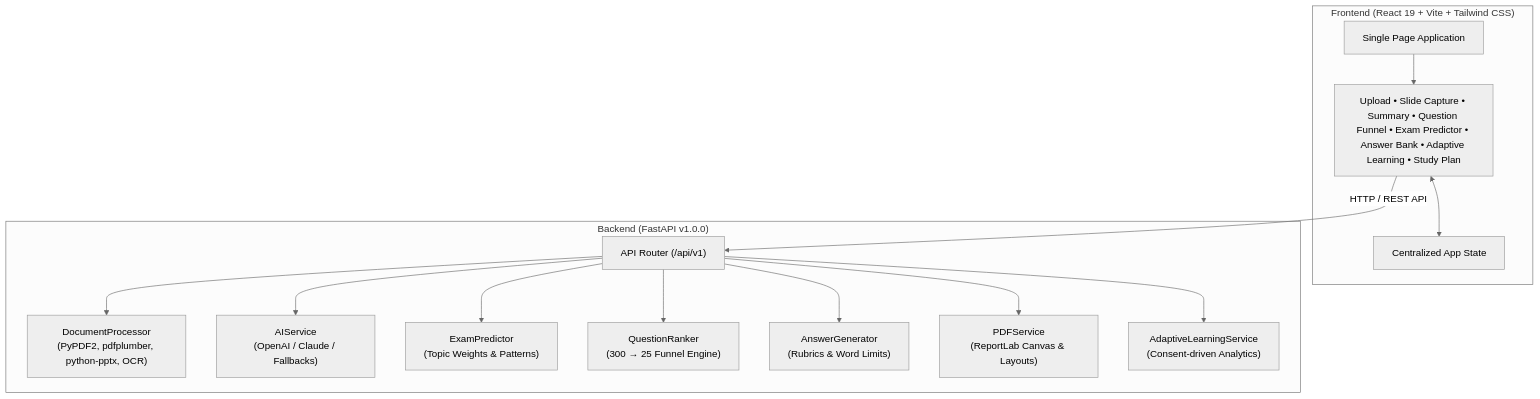
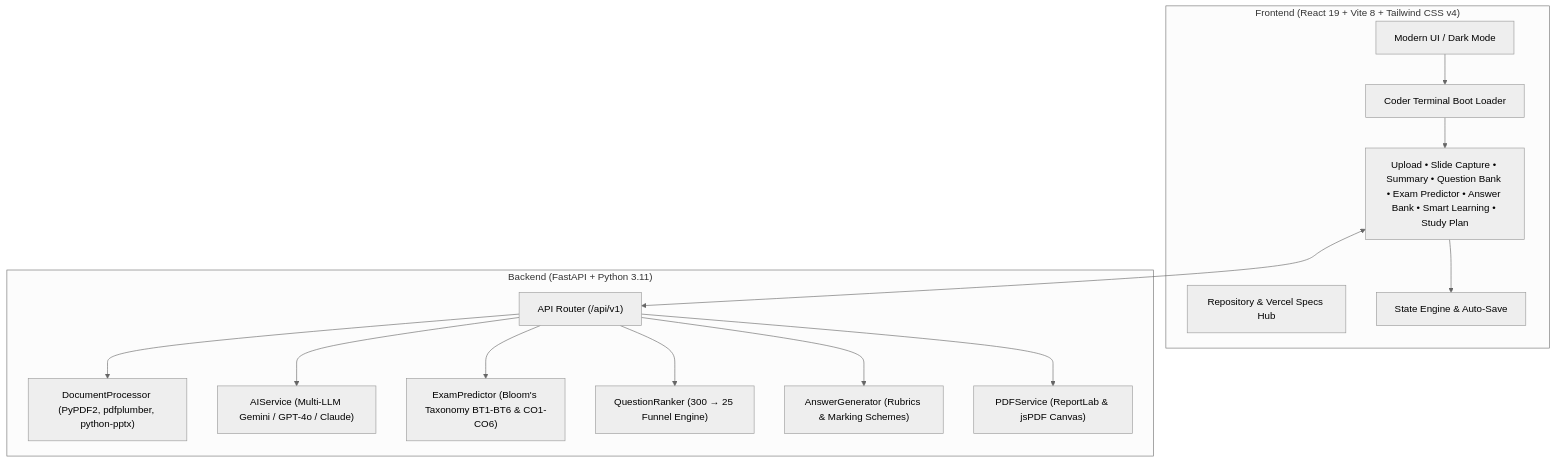
The diagram in README.md (ronniee96/parul-study-assistant), drawn with Mermaid (neutral theme) before and after one commit. The commit also changed other lines of this file and 34 other files, not shown here.

Commit message:
feat: integrate 10-tier Master Exam Preparation blueprint, eliminate boilerplate metadata, and update answer generator

````diff
--- a/README.md
+++ b/README.md
@@ -41,30 +69,26 @@
 ```mermaid
 flowchart TD
-    subgraph Client["Frontend (React 19 + Vite + Tailwind CSS)"]
-        UI["Single Page Application"]
-        Tabs["Upload • Slide Capture • Summary • Question Funnel • Exam Predictor • Answer Bank • Adaptive Learning • Study Plan"]
-        State["Centralized App State"]
+    subgraph Client["Frontend (React 19 + Vite 8 + Tailwind CSS v4)"]
+        UI["Modern UI / Dark Mode"]
+        BootLoader["Coder Terminal Boot Loader"]
+        RepoModal["Repository & Vercel Specs Hub"]
+        Tabs["Upload • Slide Capture • Summary • Question Bank • Exam Predictor • Answer Bank • Smart Learning • Study Plan"]
+        Store["State Engine & Auto-Save"]
     end
 
-    subgraph Server["Backend (FastAPI v1.0.0)"]
+    subgraph Server["Backend (FastAPI + Python 3.11)"]
         Router["API Router (/api/v1)"]
-        DocProc["DocumentProcessor\n(PyPDF2, pdfplumber, python-pptx, OCR)"]
-        AISvc["AIService\n(OpenAI / Claude / Fallbacks)"]
-        ExamPred["ExamPredictor\n(Topic Weights & Patterns)"]
-        Ranker["QuestionRanker\n(300 → 25 Funnel Engine)"]
-        AnsGen["AnswerGenerator\n(Rubrics & Word Limits)"]
-        PDFSvc["PDFService\n(ReportLab Canvas & Layouts)"]
-        AdaptSvc["AdaptiveLearningService\n(Consent-driven Analytics)"]
+        DocProc["DocumentProcessor (PyPDF2, pdfplumber, python-pptx)"]
+        AISvc["AIService (Multi-LLM Gemini / GPT-4o / Claude)"]
+        ExamPred["ExamPredictor (Bloom's Taxonomy BT1-BT6 & CO1-CO6)"]
+        Ranker["QuestionRanker (300 → 25 Funnel Engine)"]
+        AnsGen["AnswerGenerator (Rubrics & Marking Schemes)"]
+        PDFSvc["PDFService (ReportLab & jsPDF Canvas)"]
     end
 
-    UI --> Tabs
-    Tabs <--> State
-    Tabs -->|HTTP / REST API| Router
-    Router --> DocProc
-    Router --> AISvc
-    Router --> ExamPred
-    Router --> Ranker
-    Router --> AnsGen
-    Router --> PDFSvc
-    Router --> AdaptSvc
+    UI --> BootLoader
+    BootLoader --> Tabs
+    Tabs --> Store
+    Tabs <--> Router
+    Router --> DocProc & AISvc & ExamPred & Ranker & AnsGen & PDFSvc
 ```
````
